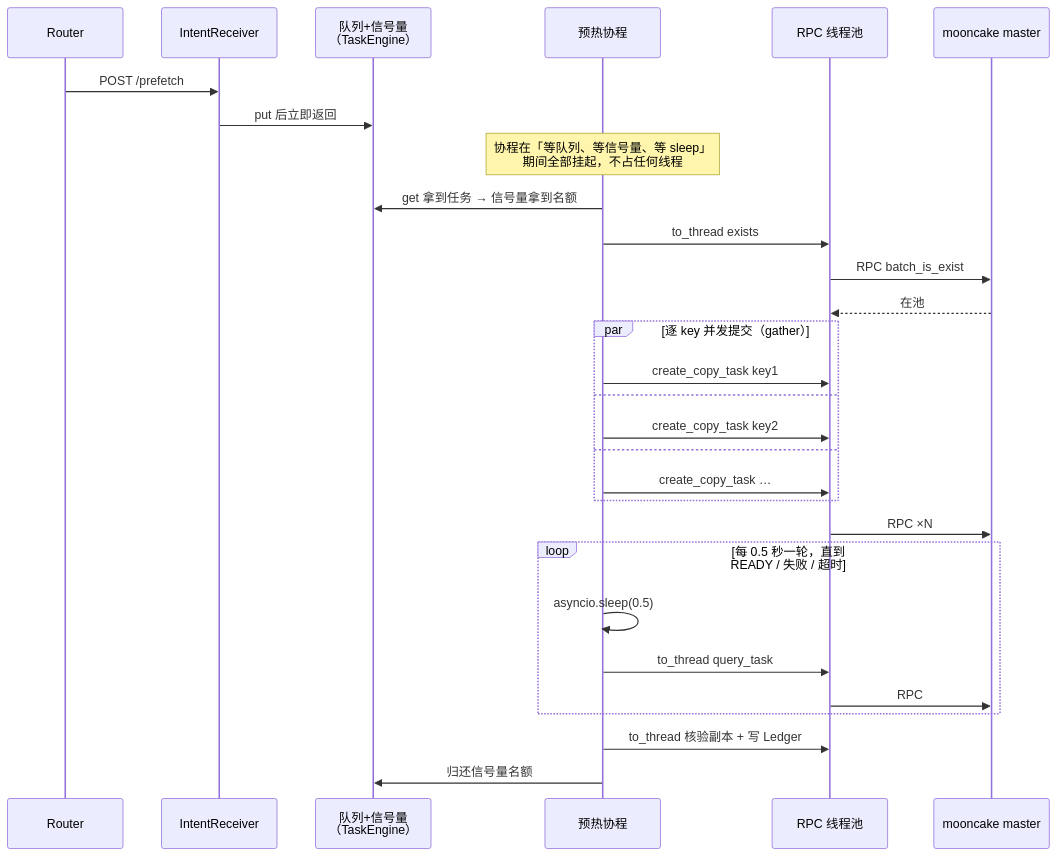
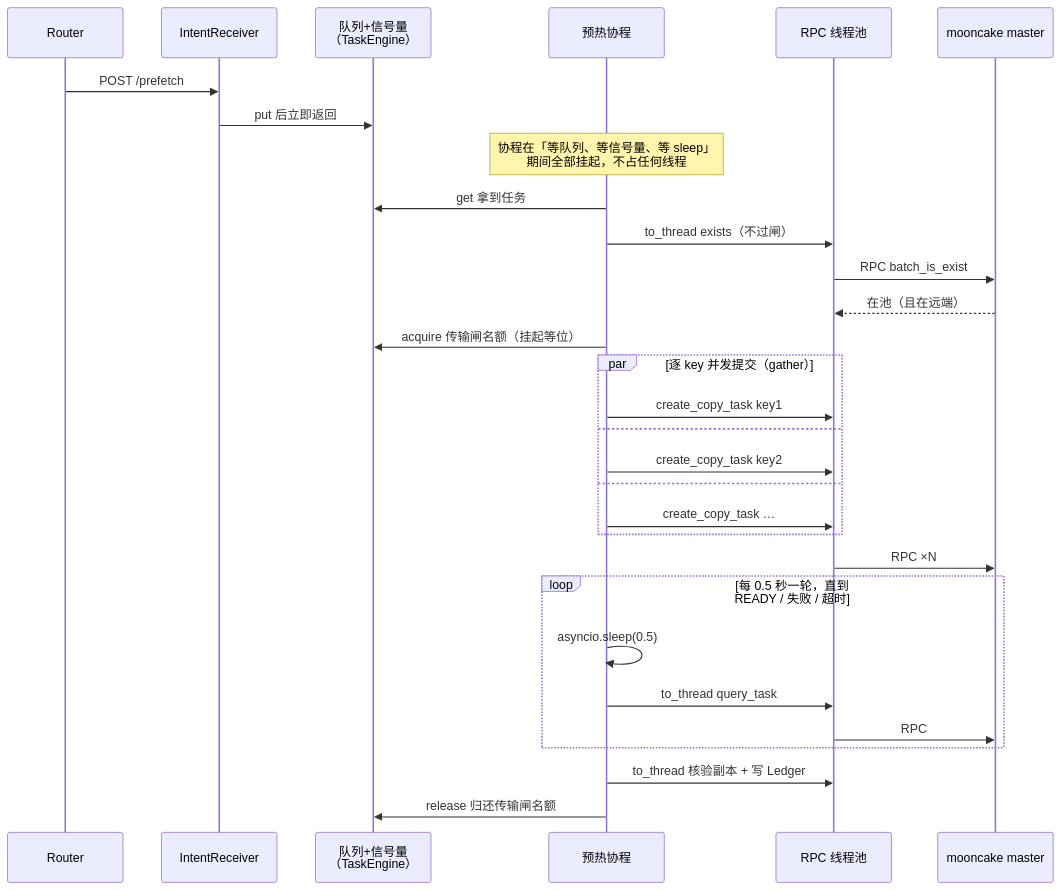
Before and after one commit to 5x8-40/lake: the diagram in kvcm/design/design-record.md, drawn with Mermaid. The commit also changed other lines of this file, not shown here.

````diff
--- a/kvcm/design/design-record.md
+++ b/kvcm/design/design-record.md
@@ -41,32 +41,33 @@
 ```mermaid
 sequenceDiagram
     participant R as Router
     participant Recv as IntentReceiver
     participant Q as 队列+信号量<br/>（TaskEngine）
     participant W as 预热协程
     participant Ex as RPC 线程池
     participant M as mooncake master
 
     R->>Recv: POST /prefetch
     Recv->>Q: put 后立即返回
     Note over W: 协程在「等队列、等信号量、等 sleep」<br/>期间全部挂起，不占任何线程
-    W->>Q: get 拿到任务 → 信号量拿到名额
-    W->>Ex: to_thread exists
+    W->>Q: get 拿到任务
+    W->>Ex: to_thread exists（不过闸）
     Ex->>M: RPC batch_is_exist
-    M-->>Ex: 在池
+    M-->>Ex: 在池（且在远端）
+    W->>Q: acquire 传输闸名额（挂起等位）
     par 逐 key 并发提交（gather）
         W->>Ex: create_copy_task key1
     and
         W->>Ex: create_copy_task key2
     and
         W->>Ex: create_copy_task …
     end
     Ex->>M: RPC ×N
     loop 每 0.5 秒一轮，直到 READY / 失败 / 超时
         W->>W: asyncio.sleep(0.5)
         W->>Ex: to_thread query_task
         Ex->>M: RPC
     end
     W->>Ex: to_thread 核验副本 + 写 Ledger
-    W->>Q: 归还信号量名额
+    W->>Q: release 归还传输闸名额
 ```
````
